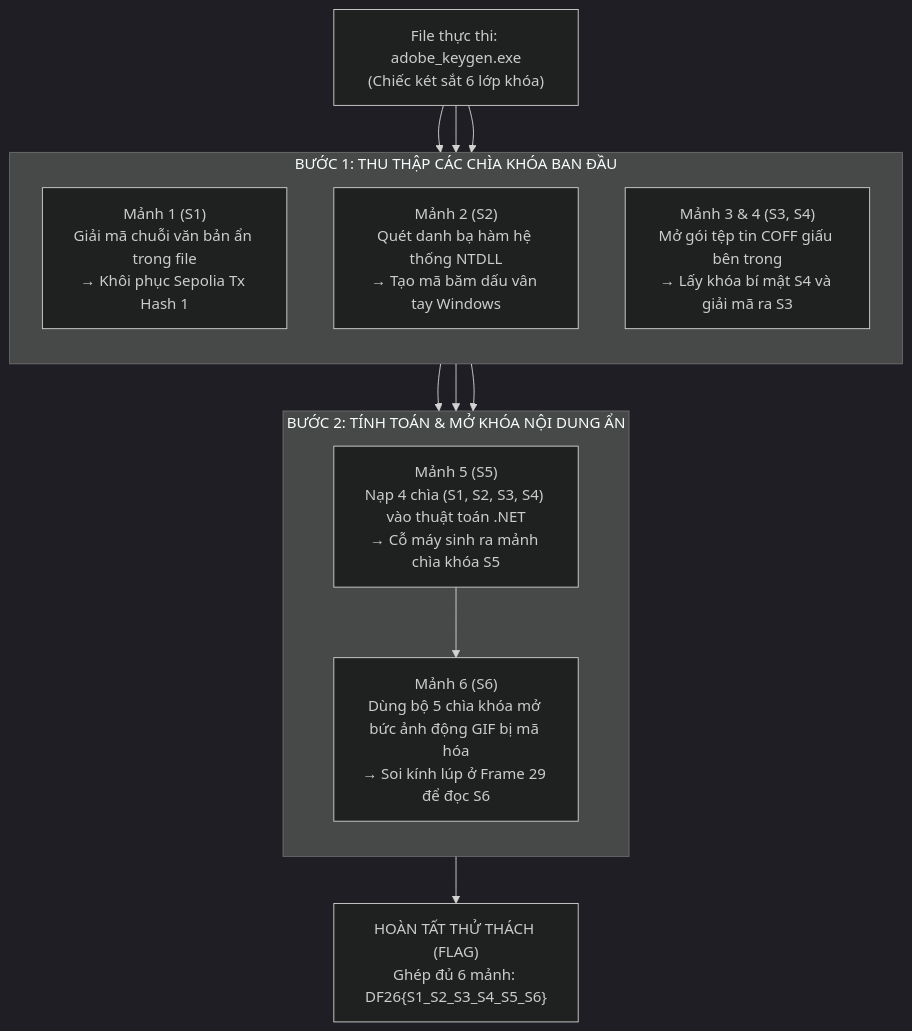
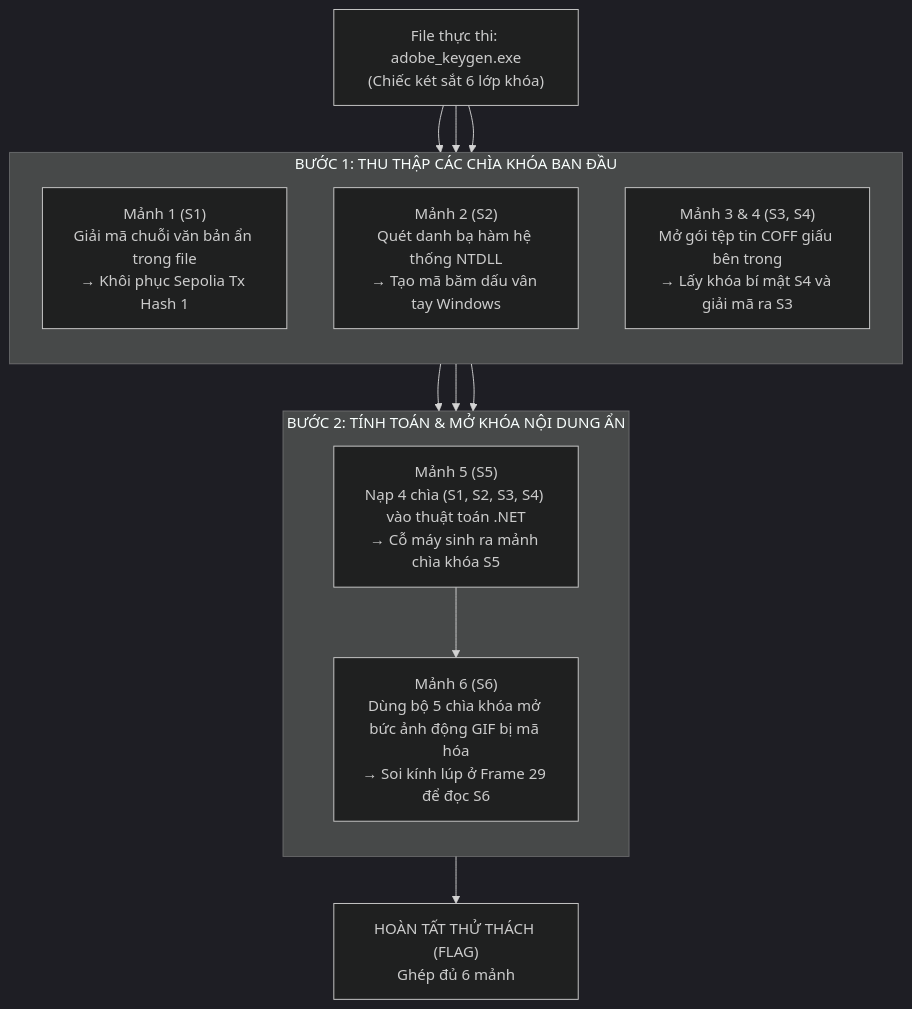
Before and after one commit to Lewall-theart/Lewall-theart.github.io: the diagram in content/adobe-keygen.md, drawn with Mermaid (dark theme). The commit also changed other lines of this file, not shown here.

Commit message:
Update Mermaid finale node to omit flag format and add comprehensive why-this-code explanations for all stages

````diff
--- a/content/adobe-keygen.md
+++ b/content/adobe-keygen.md
@@ -45,30 +45,30 @@
 ```mermaid
 flowchart TD
     START["File thực thi: adobe_keygen.exe<br/>(Chiếc két sắt 6 lớp khóa)"]
 
     subgraph PHASE1 ["BƯỚC 1: THU THẬP CÁC CHÌA KHÓA BAN ĐẦU"]
         direction TB
         S1["Mảnh 1 (S1)<br/>Giải mã chuỗi văn bản ẩn trong file<br/>→ Khôi phục Sepolia Tx Hash 1"]
         S2["Mảnh 2 (S2)<br/>Quét danh bạ hàm hệ thống NTDLL<br/>→ Tạo mã băm dấu vân tay Windows"]
         S34["Mảnh 3 & 4 (S3, S4)<br/>Mở gói tệp tin COFF giấu bên trong<br/>→ Lấy khóa bí mật S4 và giải mã ra S3"]
     end
 
     subgraph PHASE2 ["BƯỚC 2: TÍNH TOÁN & MỞ KHÓA NỘI DUNG ẨN"]
         direction TB
         S5["Mảnh 5 (S5)<br/>Nạp 4 chìa (S1, S2, S3, S4) vào thuật toán .NET<br/>→ Cỗ máy sinh ra mảnh chìa khóa S5"]
         S6["Mảnh 6 (S6)<br/>Dùng bộ 5 chìa khóa mở bức ảnh động GIF bị mã hóa<br/>→ Soi kính lúp ở Frame 29 để đọc S6"]
     end
 
-    FINALE["HOÀN TẤT THỬ THÁCH (FLAG)<br/>Ghép đủ 6 mảnh: DF26{S1_S2_S3_S4_S5_S6}"]
+    FINALE["HOÀN TẤT THỬ THÁCH (FLAG)<br/>Ghép đủ 6 mảnh"]
 
     START --> S1
     START --> S2
     START --> S34
 
     S1 --> S5
     S2 --> S5
     S34 --> S5
 
     S5 --> S6
     S6 --> FINALE
 ```
````
